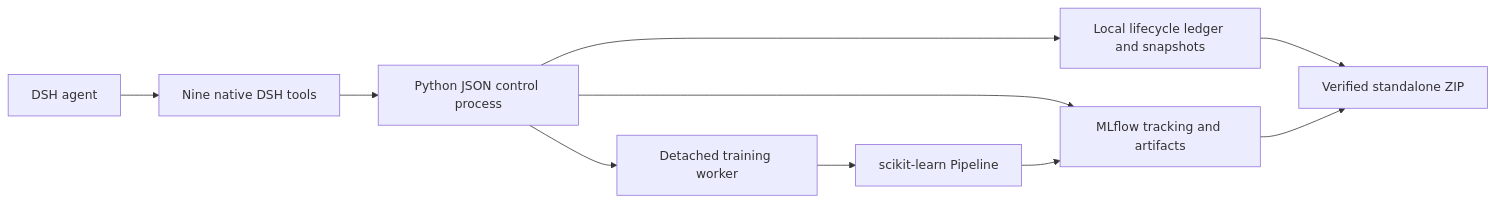
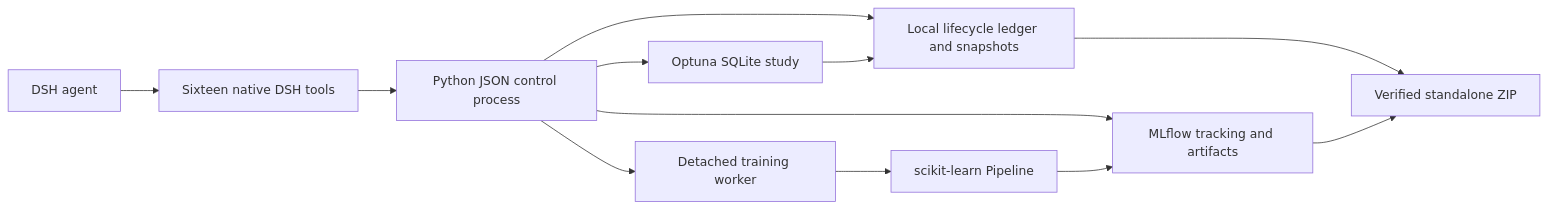
One commit to shinerain1/dsh-ml-workbench changed the first of 2 diagrams in docs/ARCHITECTURE.md. Above: the diagram before and after it, drawn with Mermaid. The commit also changed other lines of this file and 39 other files, not shown here.

````diff
--- a/docs/ARCHITECTURE.md
+++ b/docs/ARCHITECTURE.md
@@ -3,12 +3,14 @@
 ```mermaid
 flowchart LR
-    A[DSH agent] --> B[Nine native DSH tools]
+    A[DSH agent] --> B[Sixteen native DSH tools]
     B --> C[Python JSON control process]
     C --> D[MLflow tracking and artifacts]
     C --> E[Local lifecycle ledger and snapshots]
     C --> F[Detached training worker]
     F --> G[scikit-learn Pipeline]
     G --> D
     E --> H[Verified standalone ZIP]
     D --> H
+    C --> I[Optuna SQLite study]
+    I --> E
 ```
````
